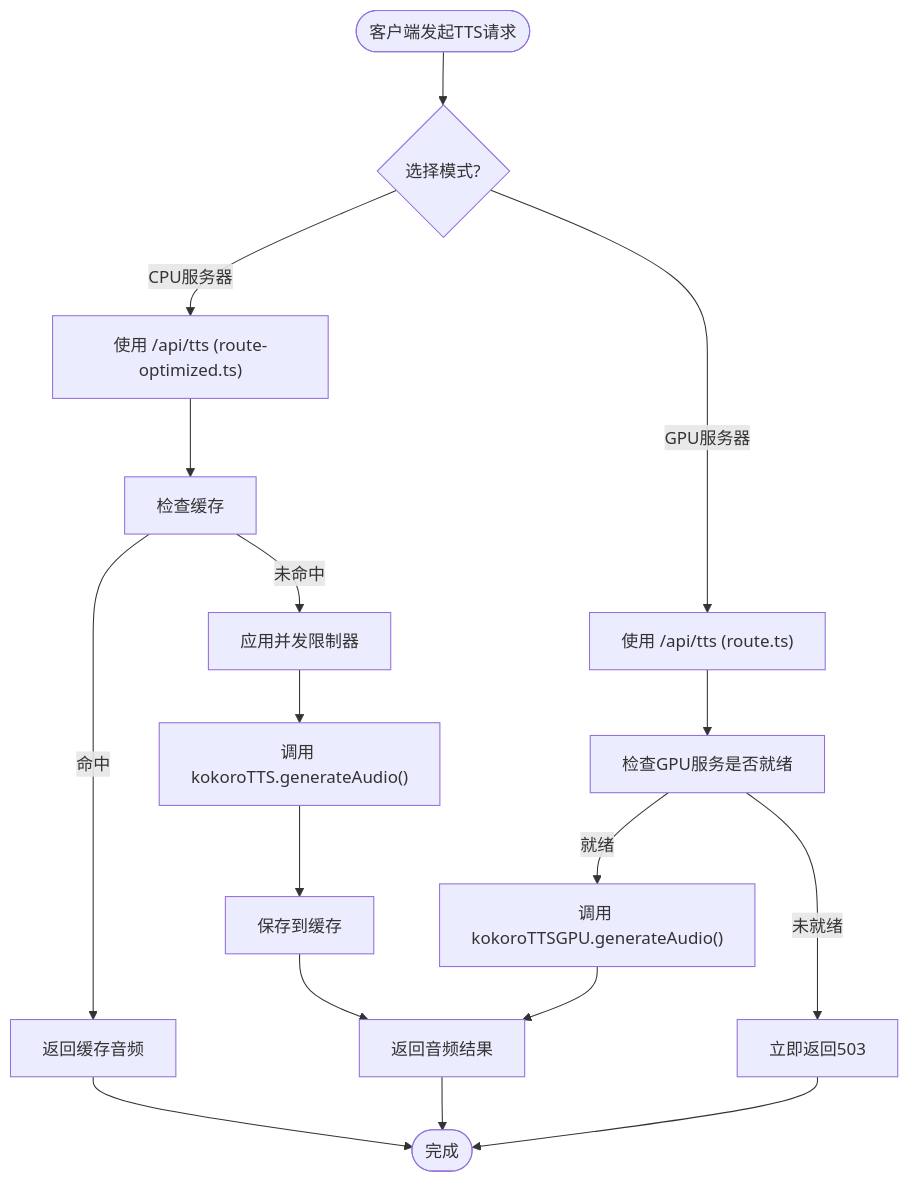
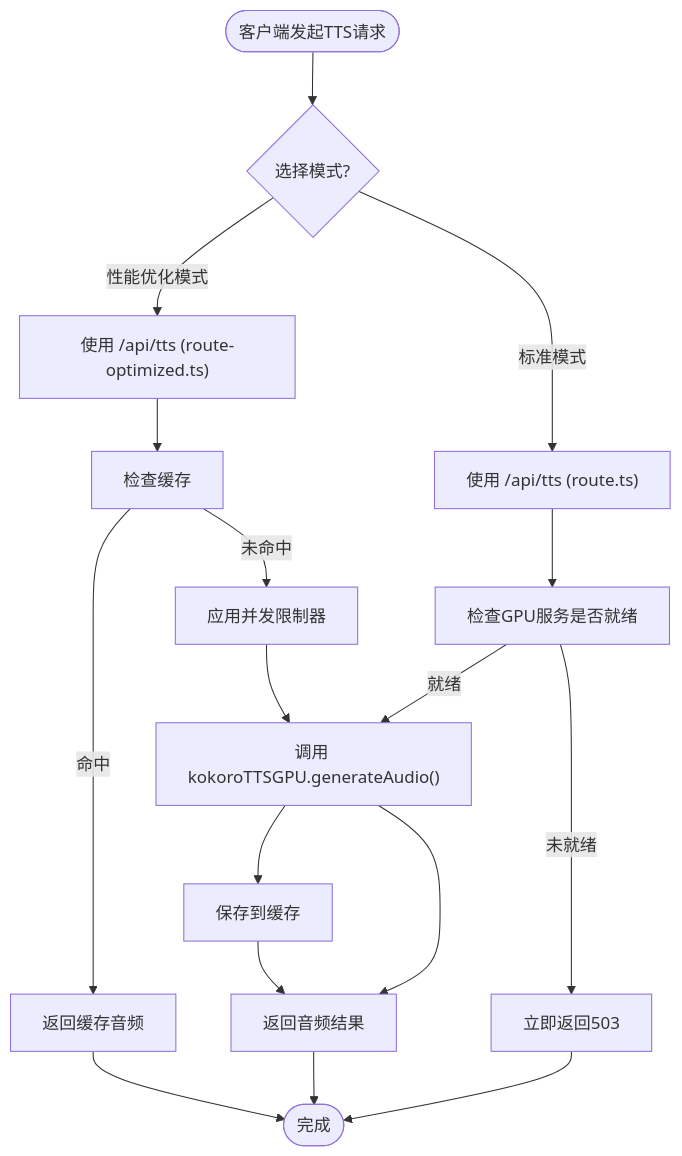
One commit to arthurlee116/english-listening-trainer changed the second of 2 diagrams in .qoder/repowiki/zh/content/核心功能模块/TTS语音合成.md. Above: the diagram before and after it, drawn with Mermaid. The commit also changed other lines of this file and 58 other files, not shown here.

````diff
--- a/.qoder/repowiki/zh/content/核心功能模块/TTS语音合成.md
+++ b/.qoder/repowiki/zh/content/核心功能模块/TTS语音合成.md
@@ -102,19 +104,19 @@
 ```mermaid
 flowchart TD
 Start([客户端发起TTS请求]) --> CheckMode{"选择模式?"}
-CheckMode --> |CPU服务器| UseOptimized["使用 /api/tts (route-optimized.ts)"]
+CheckMode --> |性能优化模式| UseOptimized["使用 /api/tts (route-optimized.ts)"]
 UseOptimized --> CheckCache["检查缓存"]
 CheckCache --> |命中| ReturnCached["返回缓存音频"]
 CheckCache --> |未命中| ApplyConcurrency["应用并发限制器"]
-ApplyConcurrency --> CallCPUService["调用 kokoroTTS.generateAudio()"]
-CallCPUService --> SaveToCache["保存到缓存"]
+ApplyConcurrency --> CallGPUService["调用 kokoroTTSGPU.generateAudio()"]
+CallGPUService --> SaveToCache["保存到缓存"]
 SaveToCache --> ReturnResult["返回音频结果"]
-CheckMode --> |GPU服务器| UseStandard["使用 /api/tts (route.ts)"]
+CheckMode --> |标准模式| UseStandard["使用 /api/tts (route.ts)"]
 UseStandard --> CheckReady["检查GPU服务是否就绪"]
 CheckReady --> |未就绪| FailFast["立即返回503"]
-CheckReady --> |就绪| CallGPUService["调用 kokoroTTSGPU.generateAudio()"]
+CheckReady --> |就绪| CallGPUService
 CallGPUService --> ReturnResult
 ReturnCached --> End([完成])
 ReturnResult --> End
 FailFast --> End
 ```
````
